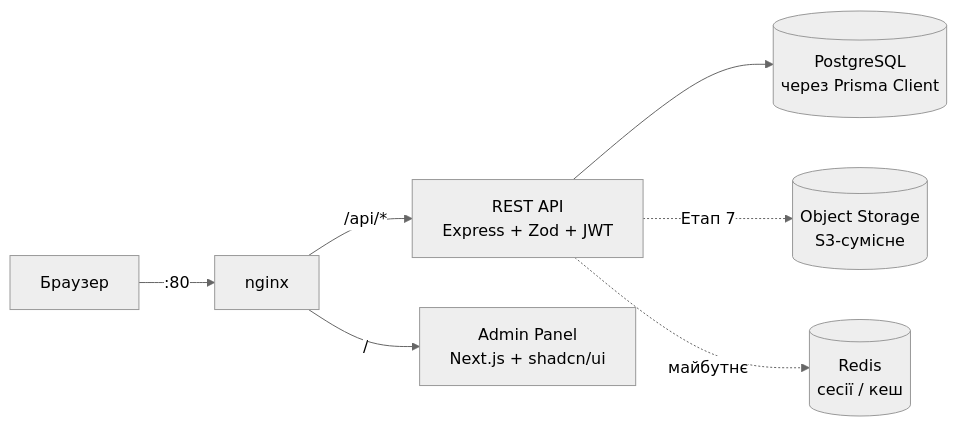
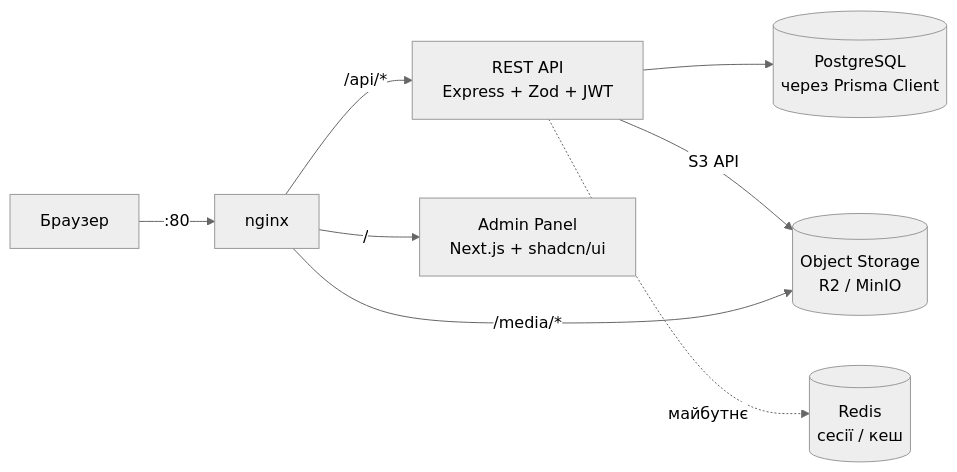
One commit to MaksymHeraskevych-Hallwil/storefront changed the first of 6 diagrams in DESIGN.md. Above: the diagram before and after it, drawn with Mermaid (neutral theme). The commit also changed other lines of this file and 25 other files, not shown here.

````diff
--- a/DESIGN.md
+++ b/DESIGN.md
@@ -27,9 +27,10 @@
 ```mermaid
 flowchart LR
     Browser["Браузер"] -->|":80"| Nginx["nginx"]
     Nginx -->|"/api/*"| API["REST API<br/>Express + Zod + JWT"]
     Nginx -->|"/"| Admin["Admin Panel<br/>Next.js + shadcn/ui"]
     API --> DB[("PostgreSQL<br/>через Prisma Client")]
-    API -.->|"Етап 7"| Storage[("Object Storage<br/>S3-сумісне")]
+    API -->|"S3 API"| Storage[("Object Storage<br/>R2 / MinIO")]
+    Nginx -->|"/media/*"| Storage
     API -.->|"майбутнє"| Cache[("Redis<br/>сесії / кеш")]
 ```
````
